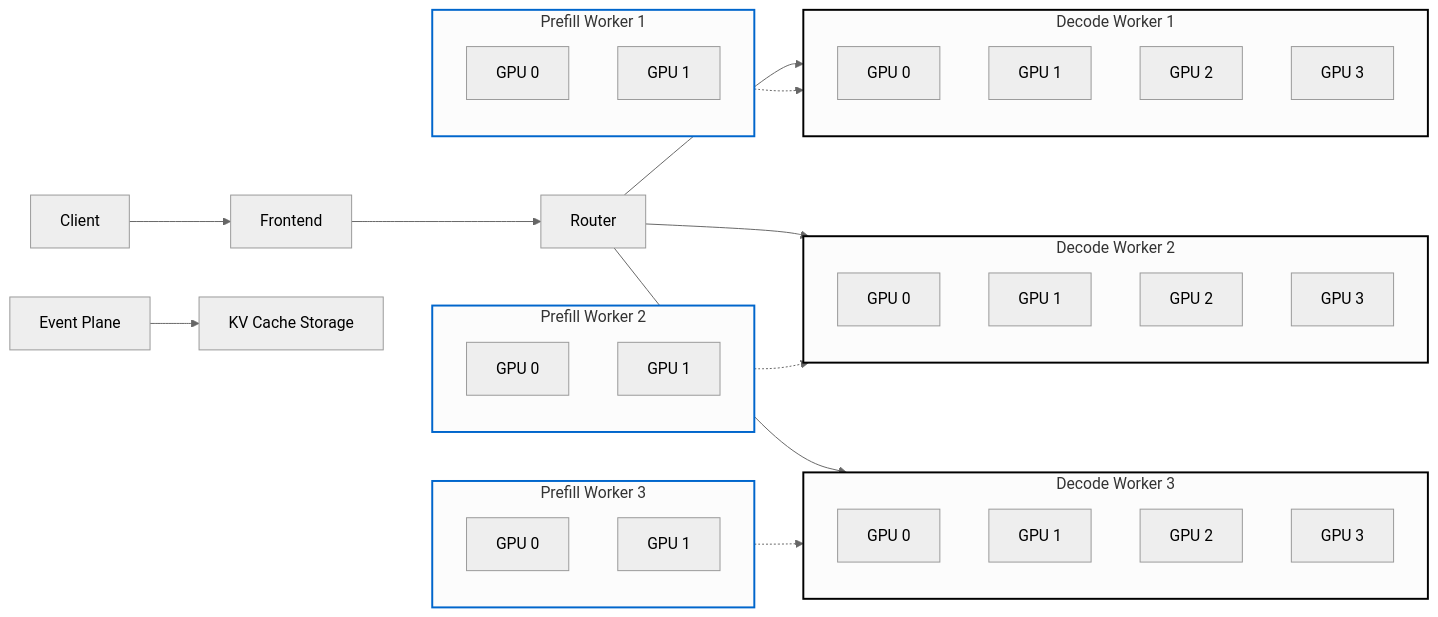
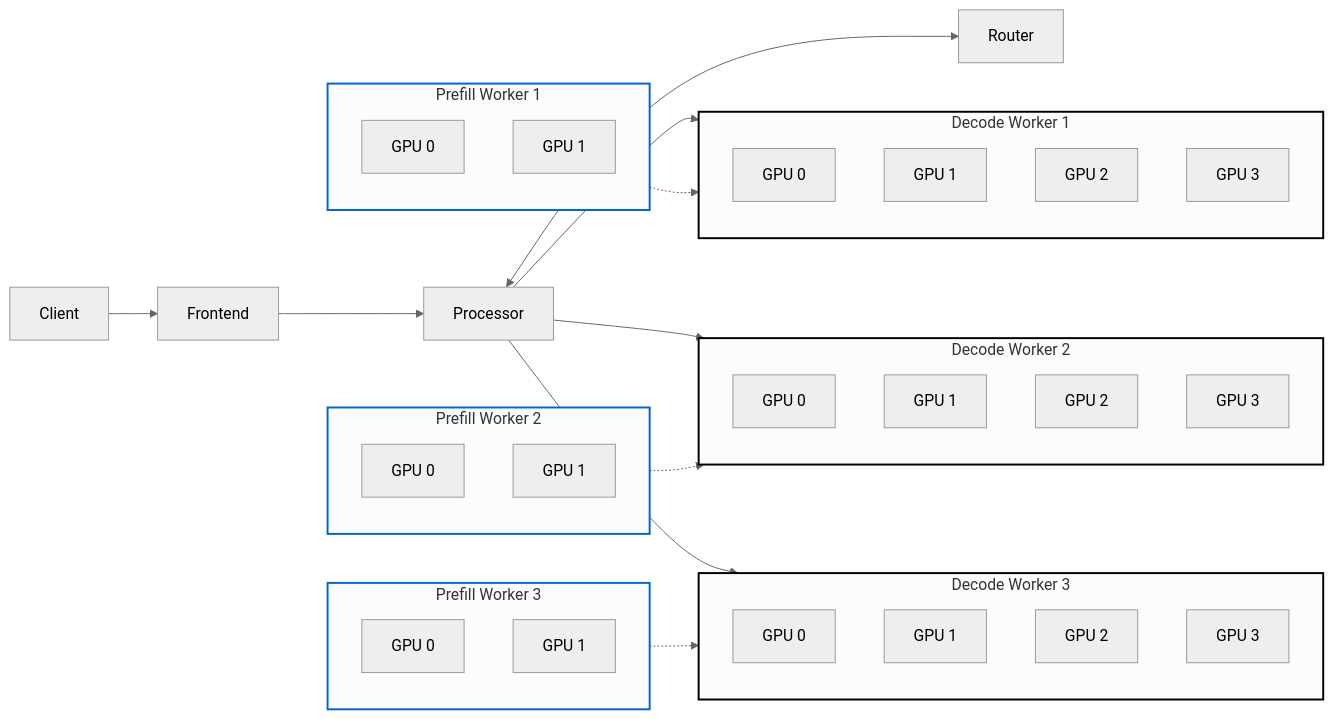
The diagram in deps/NNNN-fault-tolerance.md (ai-dynamo/enhancements), drawn with Mermaid (neutral theme) before and after one commit.

````diff
--- a/deps/NNNN-fault-tolerance.md
+++ b/deps/NNNN-fault-tolerance.md
@@ -237,72 +237,71 @@
 ```mermaid
 graph LR
     Client["Client"]
     Frontend["Frontend"]
     Router["Router"]
-    EventPlane["Event Plane"]
-    KVCache["KV Cache Storage"]
-
+	Processor["Processor"]
+	
     Client --> Frontend
-    Frontend --> Router
-    EventPlane --> KVCache
-
+	Frontend --> Processor
+	Processor <--> Router
+	
     %% Multiple Prefill Workers (each with 2 GPUs)
    
 
     subgraph Prefill1["Prefill Worker 1"]
         direction TB
         P1GPU0["GPU 0"]
         P1GPU1["GPU 1"]
     end
     subgraph Prefill2["Prefill Worker 2"]
         direction TB
         P2GPU0["GPU 0"]
         P2GPU1["GPU 1"]
     end
     subgraph Prefill3["Prefill Worker 3"]
         direction TB
         P3GPU0["GPU 0"]
         P3GPU1["GPU 1"]
     end
 
     %% Multiple Decode Workers (each with 4 GPUs)
-    Router --> Decode1
-    Router --> Decode2
-    Router --> Decode3
+    Processor --> Decode1
+    Processor --> Decode2
+    Processor --> Decode3
 
     subgraph Decode1["Decode Worker 1"]
         direction TB
         D1GPU0["GPU 0"]
         D1GPU1["GPU 1"]
         D1GPU2["GPU 2"]
         D1GPU3["GPU 3"]
     end
     subgraph Decode2["Decode Worker 2"]
         direction TB
         D2GPU0["GPU 0"]
         D2GPU1["GPU 1"]
         D2GPU2["GPU 2"]
         D2GPU3["GPU 3"]
     end
     subgraph Decode3["Decode Worker 3"]
         direction TB
         D3GPU0["GPU 0"]
         D3GPU1["GPU 1"]
         D3GPU2["GPU 2"]
         D3GPU3["GPU 3"]
     end
 
     %% Prefill and Decode workers can communicate (dashed lines)
     Prefill1 -.-> Decode1
     Prefill2 -.-> Decode2
     Prefill3 -.-> Decode3
 
     %% Optional: Style blocks for emphasis
     style Prefill1 stroke:#0066cc,stroke-width:2px
     style Prefill2 stroke:#0066cc,stroke-width:2px
     style Prefill3 stroke:#0066cc,stroke-width:2px
     style Decode1 stroke:#000,stroke-width:2px
     style Decode2 stroke:#000,stroke-width:2px
     style Decode3 stroke:#000,stroke-width:2px
 
 ```
````
